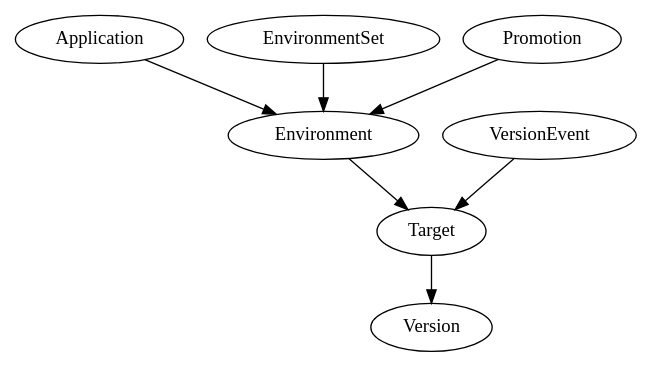
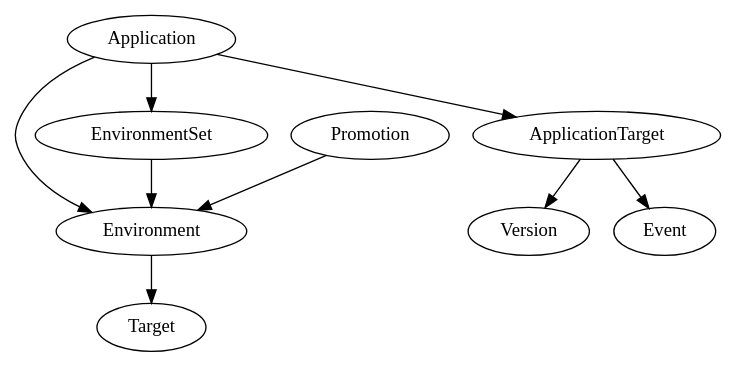
One commit to jaredallard/depot changed the diagram in docs/architecture.gv. Above: the diagram before and after it, drawn with Graphviz. The commit also changed 1 other file, not shown here.

Commit message:
create ApplicationTarget model to match DB better

```diff
--- a/docs/architecture.gv
+++ b/docs/architecture.gv
@@ -1,8 +1,11 @@
 digraph Depot {
-	Application -> Environment;
-	EnvironmentSet -> Environment;
-	Promotion -> Environment;
-	Environment -> Target;
-	Target -> Version;
-	VersionEvent -> Target;
+  Application -> Environment;
+  Application -> ApplicationTarget;
+  Application -> EnvironmentSet;
+  ApplicationTarget -> Version;
+  ApplicationTarget -> Event;
+  
+  EnvironmentSet -> Environment;
+  Promotion -> Environment;
+  Environment -> Target;
 }
```
